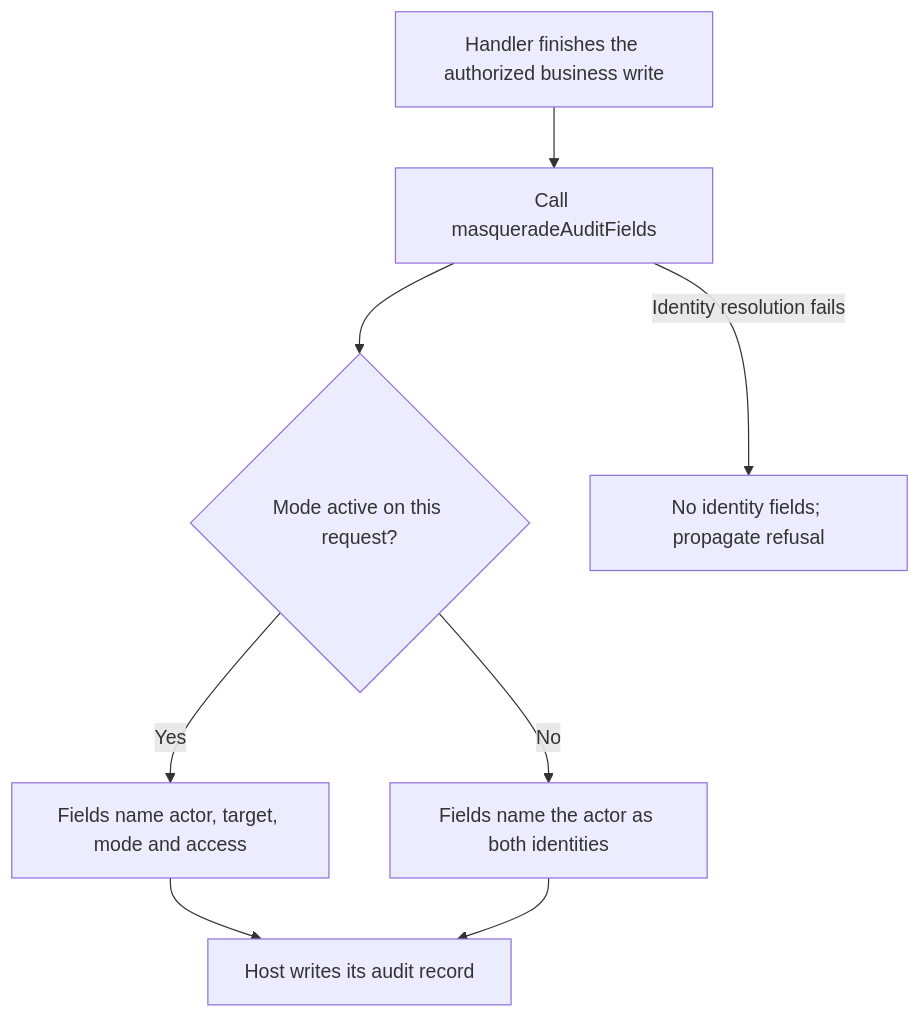
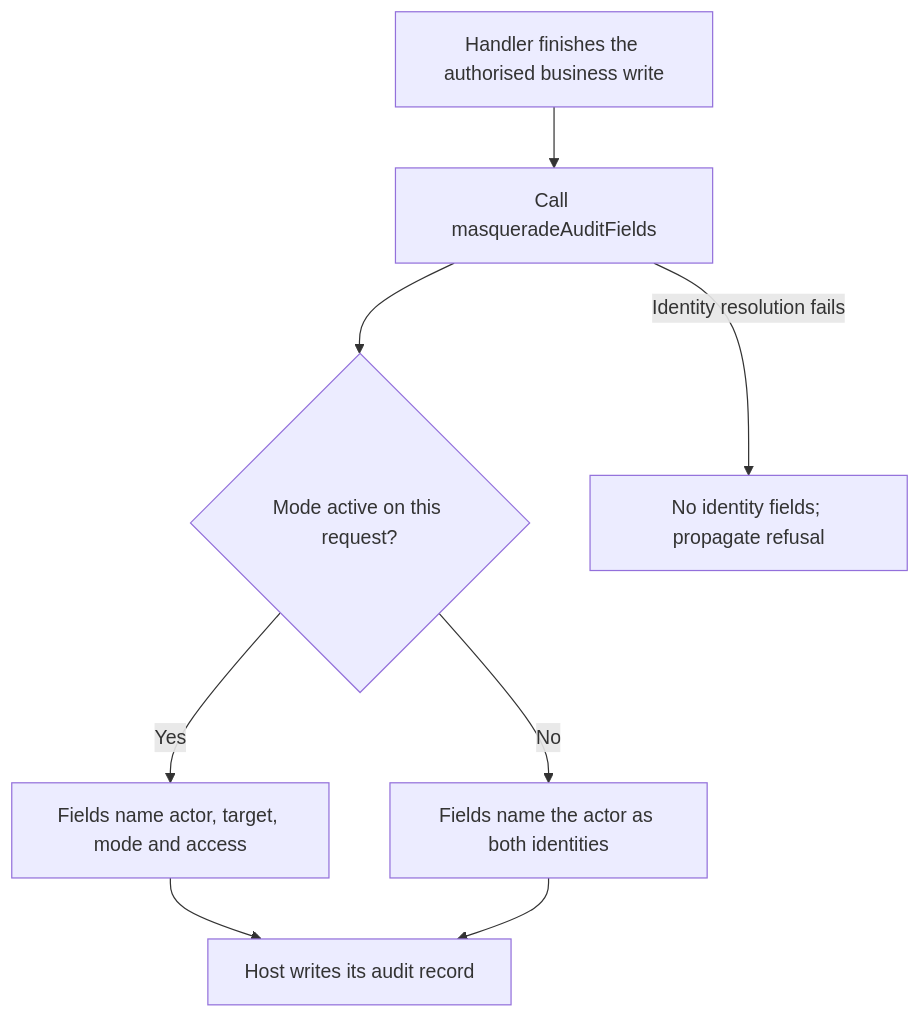
The first of 2 diagrams in user-stories/audit-business-work/us-audit-01-attach-audit-fields.md (Kevinjohn/oss-adonisjs-masquerade), drawn with Mermaid before and after one commit. The commit also changed other lines of this file and 42 other files, not shown here.

````diff
--- a/user-stories/audit-business-work/us-audit-01-attach-audit-fields.md
+++ b/user-stories/audit-business-work/us-audit-01-attach-audit-fields.md
@@ -22,10 +22,10 @@
 ```mermaid
 flowchart TD
-    A["Handler finishes the authorized business write"] --> B["Call masqueradeAuditFields"]
+    A["Handler finishes the authorised business write"] --> B["Call masqueradeAuditFields"]
     B --> C{"Mode active on this request?"}
     C -->|Yes| D["Fields name actor, target, mode and access"]
     C -->|No| E["Fields name the actor as both identities"]
     B -->|Identity resolution fails| X["No identity fields; propagate refusal"]
     D --> F["Host writes its audit record"]
     E --> F
 ```
````
